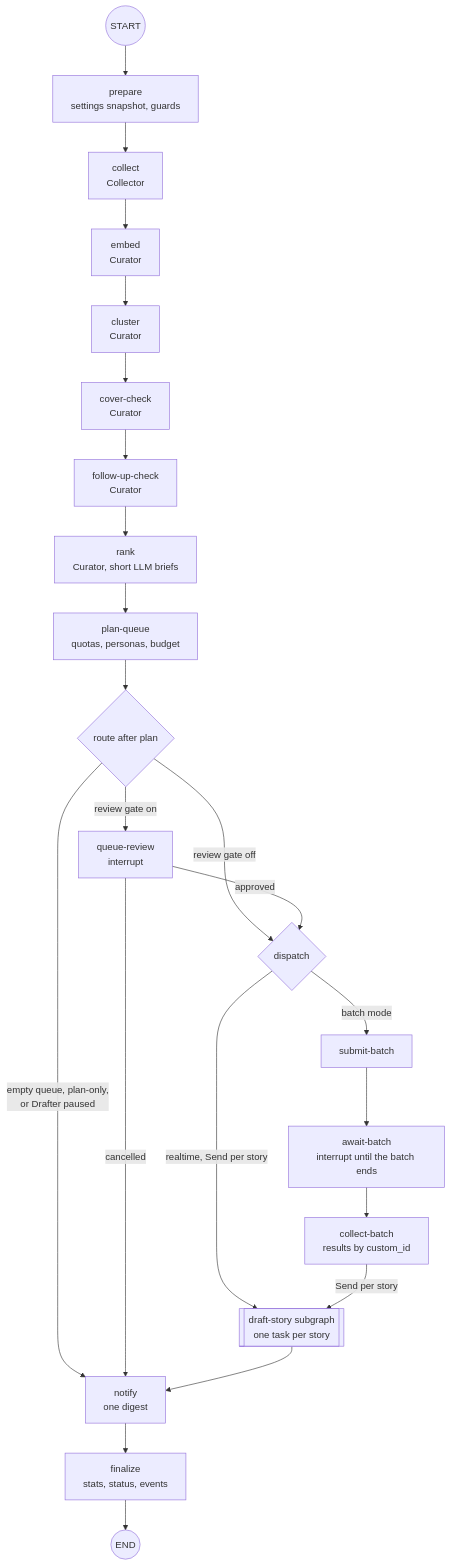
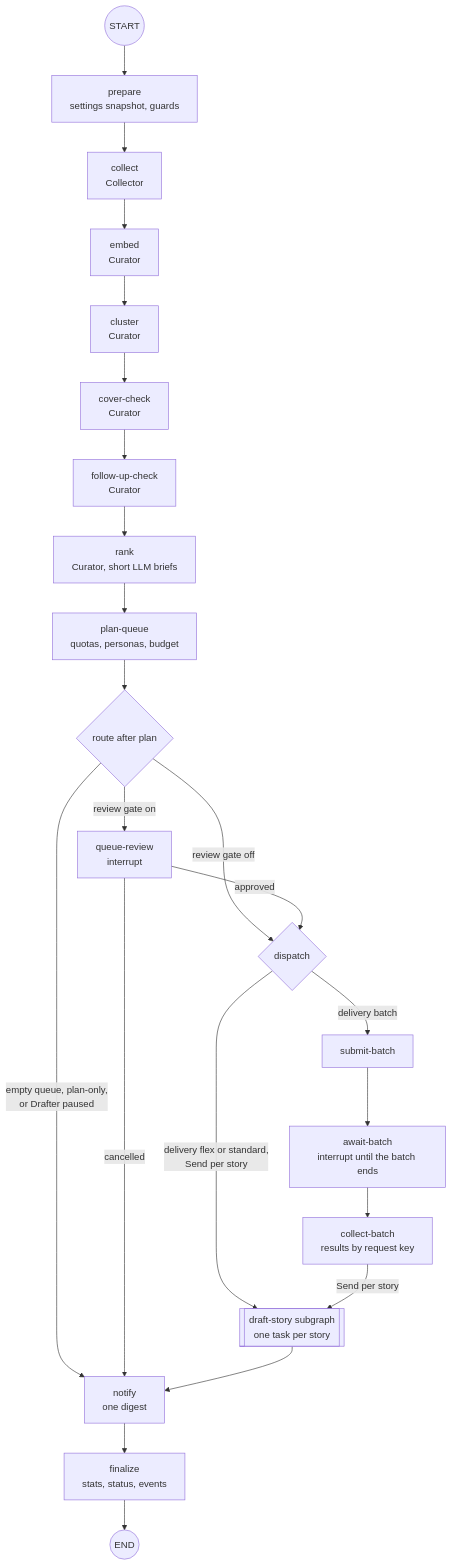
The ninth of 20 diagrams in docs/ai-news-automation-plan.md (foysalahmedmin/z-news), drawn with Mermaid before and after one commit. The commit also changed other lines of this file, not shown here.

````diff
--- a/docs/ai-news-automation-plan.md
+++ b/docs/ai-news-automation-plan.md
@@ -674,25 +679,25 @@
 ```mermaid
 flowchart TD
     S(("START")) --> prepare["prepare<br/>settings snapshot, guards"]
     prepare --> collect["collect<br/>Collector"]
     collect --> embed["embed<br/>Curator"]
     embed --> cluster["cluster<br/>Curator"]
     cluster --> coverCheck["cover-check<br/>Curator"]
     coverCheck --> followUp["follow-up-check<br/>Curator"]
     followUp --> rank["rank<br/>Curator, short LLM briefs"]
     rank --> planQueue["plan-queue<br/>quotas, personas, budget"]
     planQueue --> route{"route after plan"}
     route -->|"empty queue, plan-only,<br/>or Drafter paused"| notify
     route -->|"review gate on"| review["queue-review<br/>interrupt"]
     route -->|"review gate off"| dispatch{"dispatch"}
     review -->|"approved"| dispatch
     review -->|"cancelled"| notify
-    dispatch -->|"batch mode"| submit["submit-batch"]
-    dispatch -->|"realtime, Send per story"| story[["draft-story subgraph<br/>one task per story"]]
+    dispatch -->|"delivery batch"| submit["submit-batch"]
+    dispatch -->|"delivery flex or standard,<br/>Send per story"| story[["draft-story subgraph<br/>one task per story"]]
     submit --> awaitBatch["await-batch<br/>interrupt until the batch ends"]
-    awaitBatch --> collectBatch["collect-batch<br/>results by custom_id"]
+    awaitBatch --> collectBatch["collect-batch<br/>results by request key"]
     collectBatch -->|"Send per story"| story
     story --> notify["notify<br/>one digest"]
     notify --> finalize["finalize<br/>stats, status, events"]
     finalize --> E(("END"))
 ```
````
